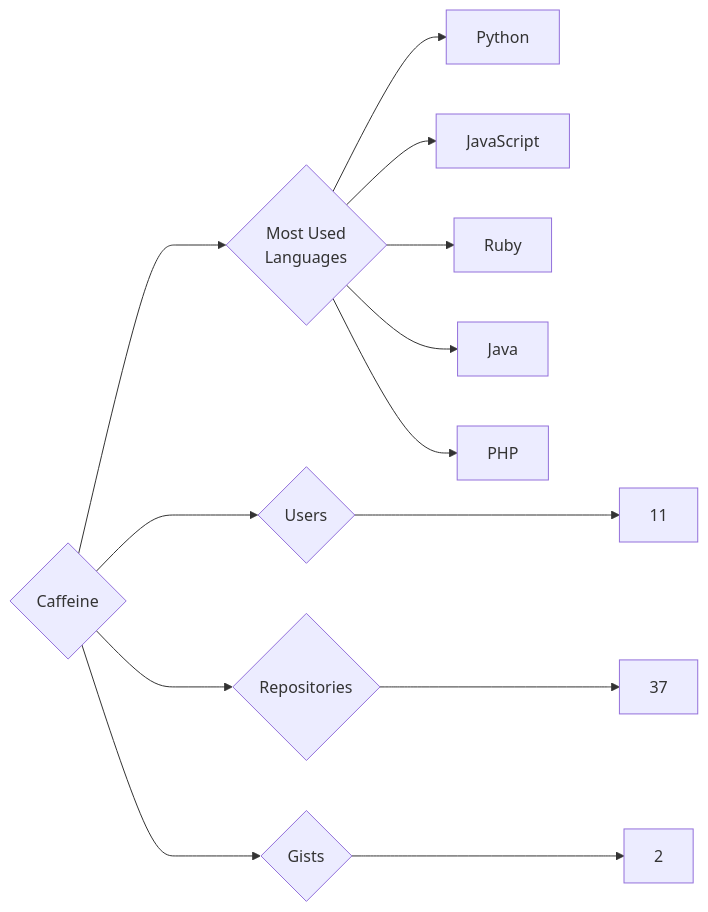
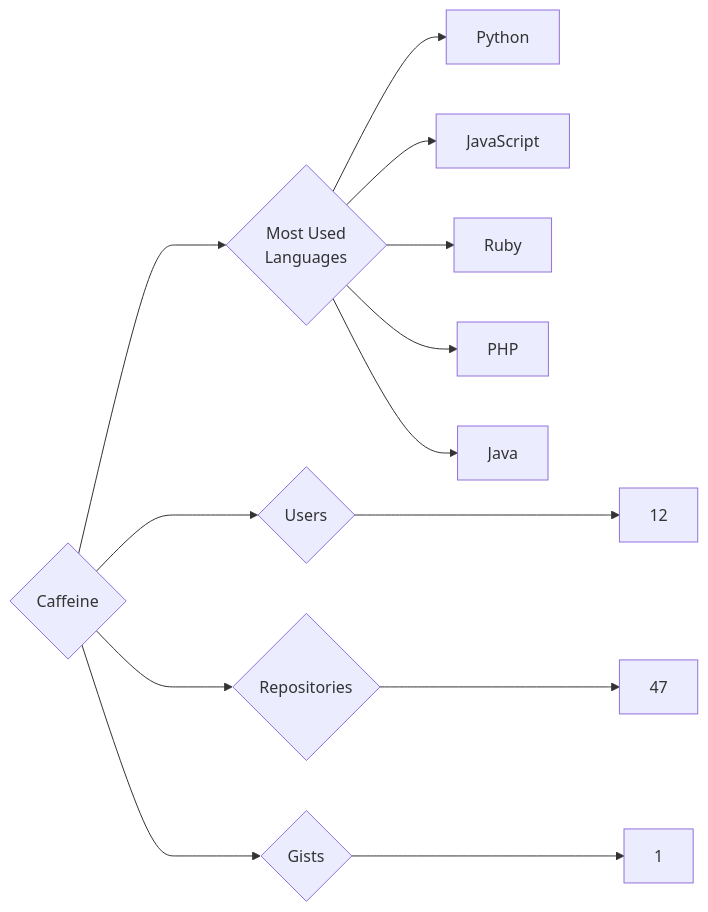
One commit to trickest/insiders changed the diagram in targets/Caffeine/README.md. Above: the diagram before and after it, drawn with Mermaid. The commit also changed 594 other files, not shown here.

````diff
--- a/targets/Caffeine/README.md
+++ b/targets/Caffeine/README.md
@@ -3,13 +3,13 @@
 ```mermaid
 graph LR
 COMPANY_NAME{Caffeine}
-COMPANY_NAME ---> U{Users} ---> UN[11]
-COMPANY_NAME ---> R{Repositories} ---> RN[37]
-COMPANY_NAME ---> G{Gists} ---> GN[2]
+COMPANY_NAME ---> U{Users} ---> UN[12]
+COMPANY_NAME ---> R{Repositories} ---> RN[47]
+COMPANY_NAME ---> G{Gists} ---> GN[1]
 COMPANY_NAME ---> ML{Most Used<br>Languages}
 ML --> Python[Python]
 ML --> JavaScript[JavaScript]
 ML --> Ruby[Ruby]
+ML --> PHP[PHP]
 ML --> Java[Java]
-ML --> PHP[PHP]
 ```
````
